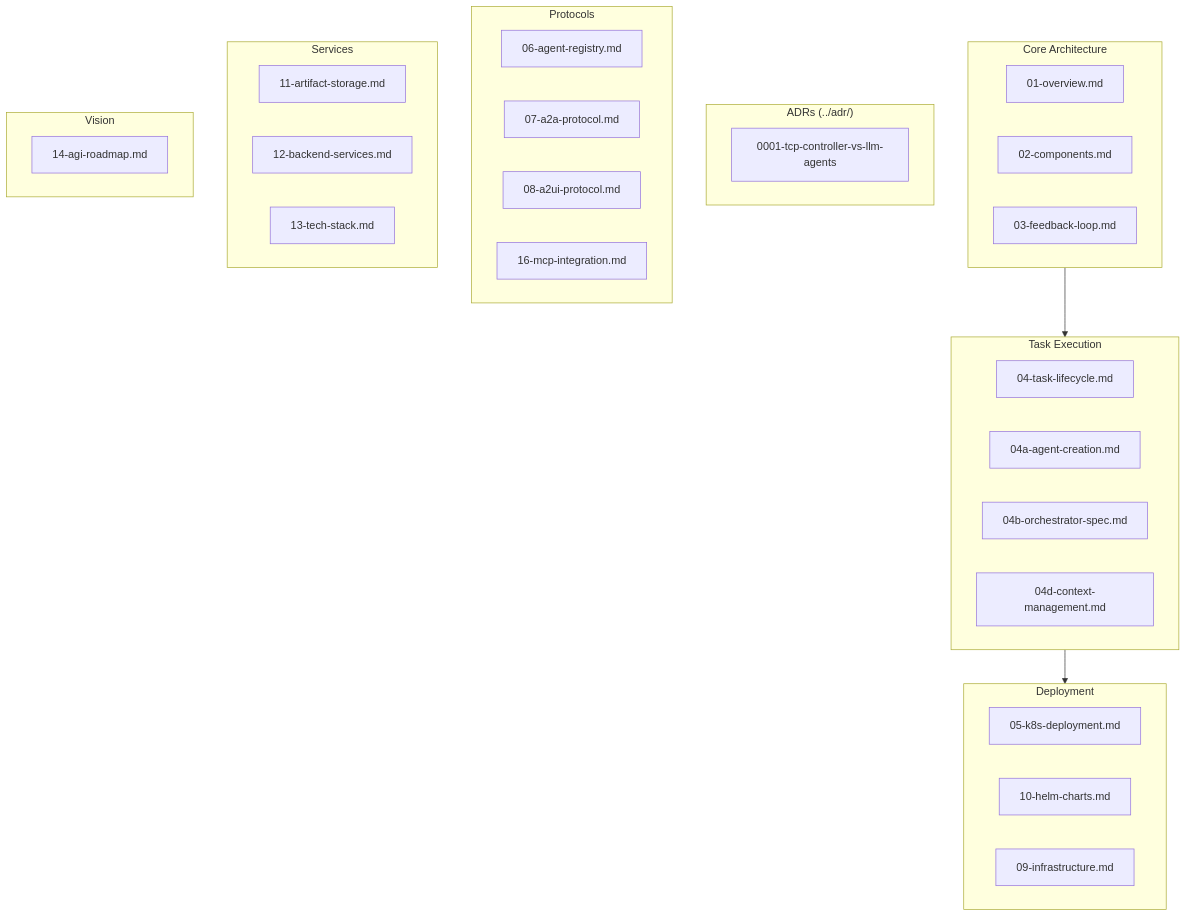
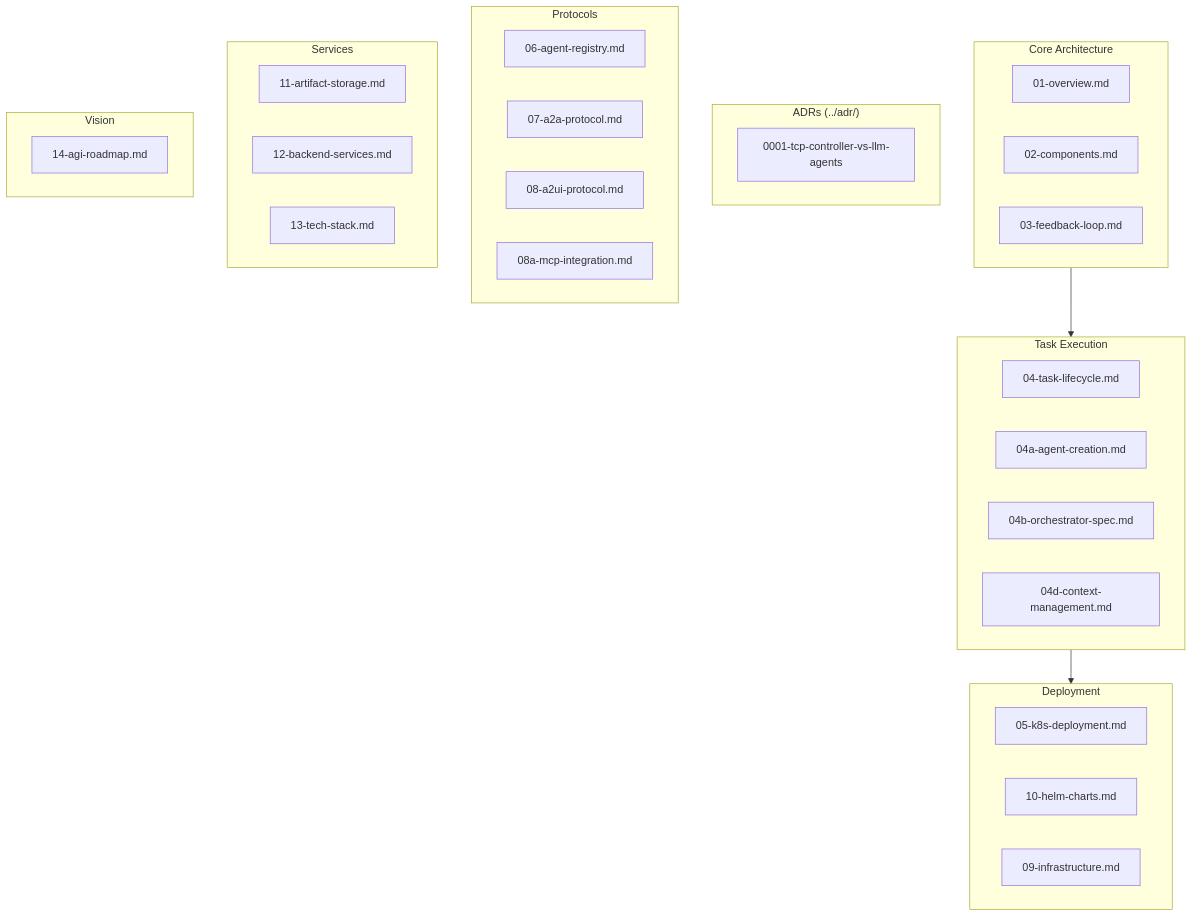
The diagram in docs/arch/README.md (dshcherbatiuk/forgemaster), drawn with Mermaid before and after one commit. The commit also changed other lines of this file and 1 other file, not shown here.

Commit message:
refactor: Rename 16-mcp-integration.md to 08a-mcp-integration.md

````diff
--- a/docs/arch/README.md
+++ b/docs/arch/README.md
@@ -9,45 +9,45 @@
 ```mermaid
 flowchart TB
     subgraph Core["Core Architecture"]
         OV[01-overview.md]
         COMP[02-components.md]
         FB[03-feedback-loop.md]
     end
 
     subgraph TaskExec["Task Execution"]
         TL[04-task-lifecycle.md]
         AC[04a-agent-creation.md]
         OS[04b-orchestrator-spec.md]
         CM[04d-context-management.md]
     end
 
     subgraph ADR["ADRs (../adr/)"]
         DD[0001-tcp-controller-vs-llm-agents]
     end
 
     subgraph Deployment["Deployment"]
         K8S[05-k8s-deployment.md]
         HELM[10-helm-charts.md]
         INFRA[09-infrastructure.md]
     end
 
     subgraph Protocols["Protocols"]
         REG[06-agent-registry.md]
         A2A[07-a2a-protocol.md]
         A2UI[08-a2ui-protocol.md]
-        MCP[16-mcp-integration.md]
+        MCP[08a-mcp-integration.md]
     end
 
     subgraph Services["Services"]
         STORE[11-artifact-storage.md]
         RUST[12-backend-services.md]
         TECH[13-tech-stack.md]
     end
 
     subgraph Future["Vision"]
         AGI[14-agi-roadmap.md]
     end
 
     Core --> TaskExec
     TaskExec --> Deployment
 ```
````
